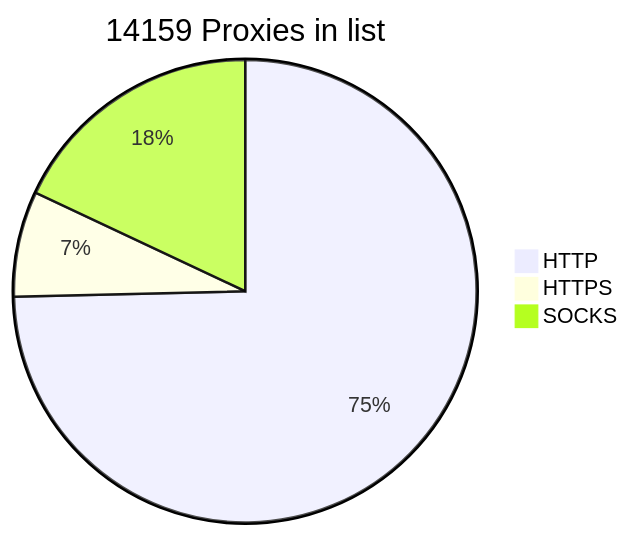
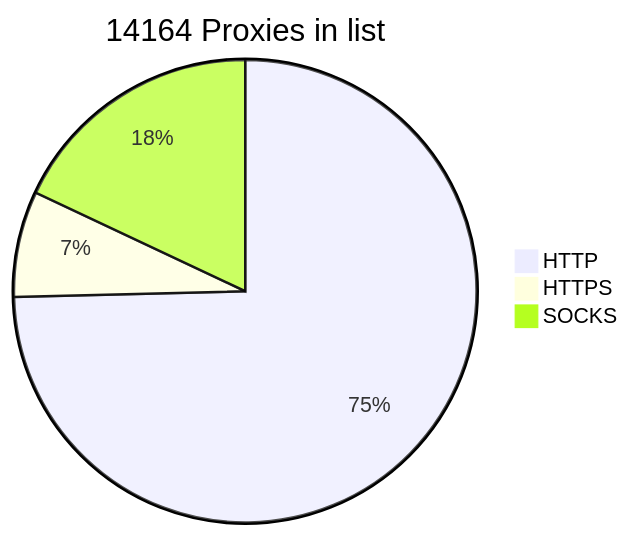
One commit to BlackSnowDot/proxylist-update-every-minute changed the diagram in README.md. Above: the diagram before and after it, drawn with Mermaid.

````diff
--- a/README.md
+++ b/README.md
@@ -2,6 +2,6 @@
 ```mermaid
-pie title 14159 Proxies in list
-    "HTTP" : 10768
-    "HTTPS": 1065
+pie title 14164 Proxies in list
+    "HTTP" : 10770
+    "HTTPS": 1067
     "SOCKS" : 2598
 ```
````
